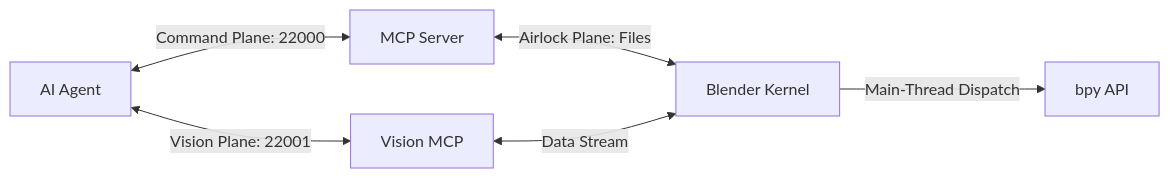
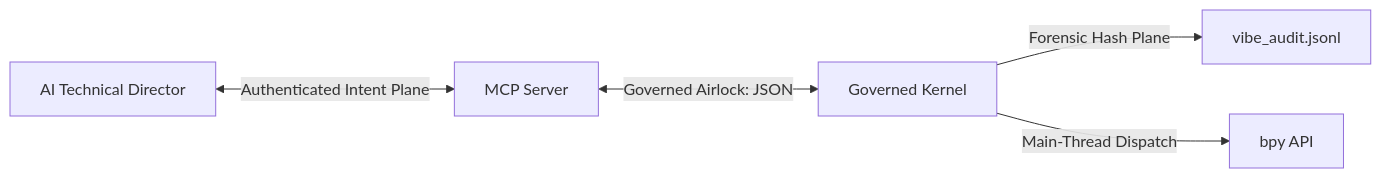
The diagram in AI_CONTEXT.md (B-A-M-N/BlenderVibeBridge), drawn with Mermaid before and after one commit. The commit also changed other lines of this file and 29 other files, not shown here.

````diff
--- a/AI_CONTEXT.md
+++ b/AI_CONTEXT.md
@@ -43,8 +33,7 @@
 ```mermaid
 graph LR
-    A[AI Agent] <-->|Command Plane: 22000| B[MCP Server]
-    A <-->|Vision Plane: 22001| E[Vision MCP]
-    B <-->|Airlock Plane: Files| C[Blender Kernel]
-    E <-->|Data Stream| C
-    C -->|Main-Thread Dispatch| D[bpy API]
+    A[AI Technical Director] <-->|Authenticated Intent Plane| B[MCP Server]
+    B <-->|Governed Airlock: JSON| C[Governed Kernel]
+    C -->|Forensic Hash Plane| D[vibe_audit.jsonl]
+    C -->|Main-Thread Dispatch| E[bpy API]
 ```
````
